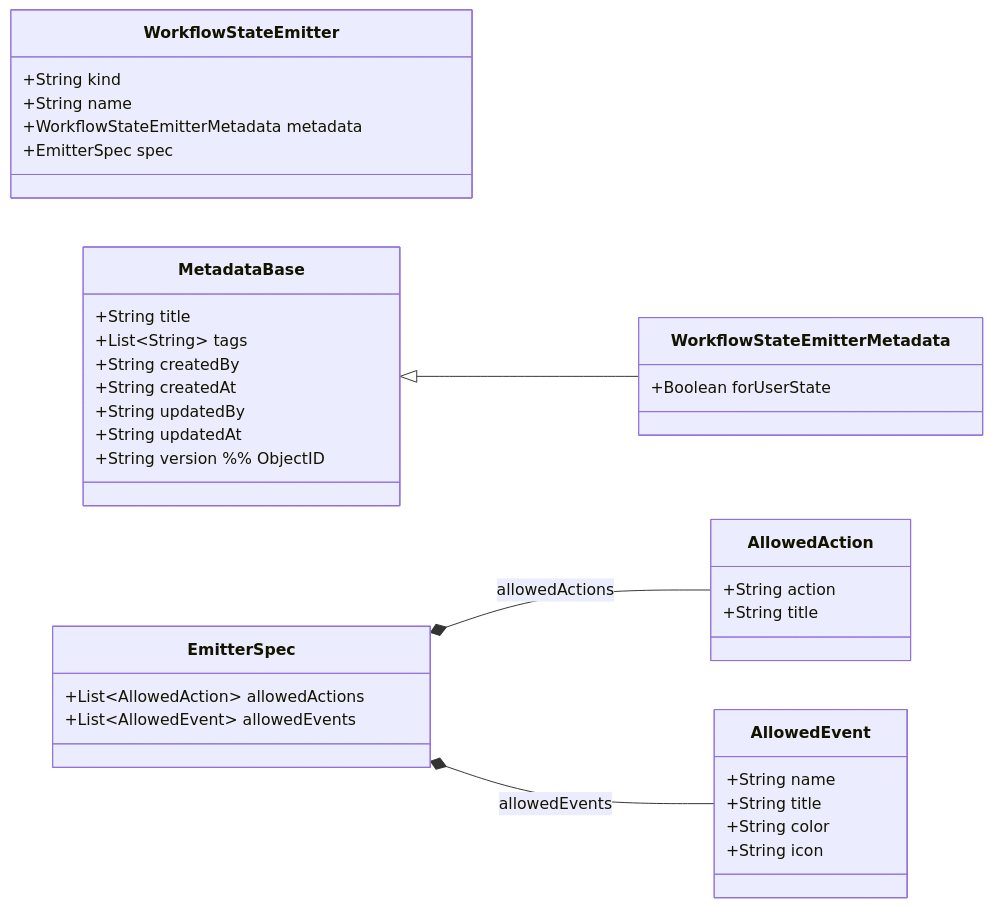
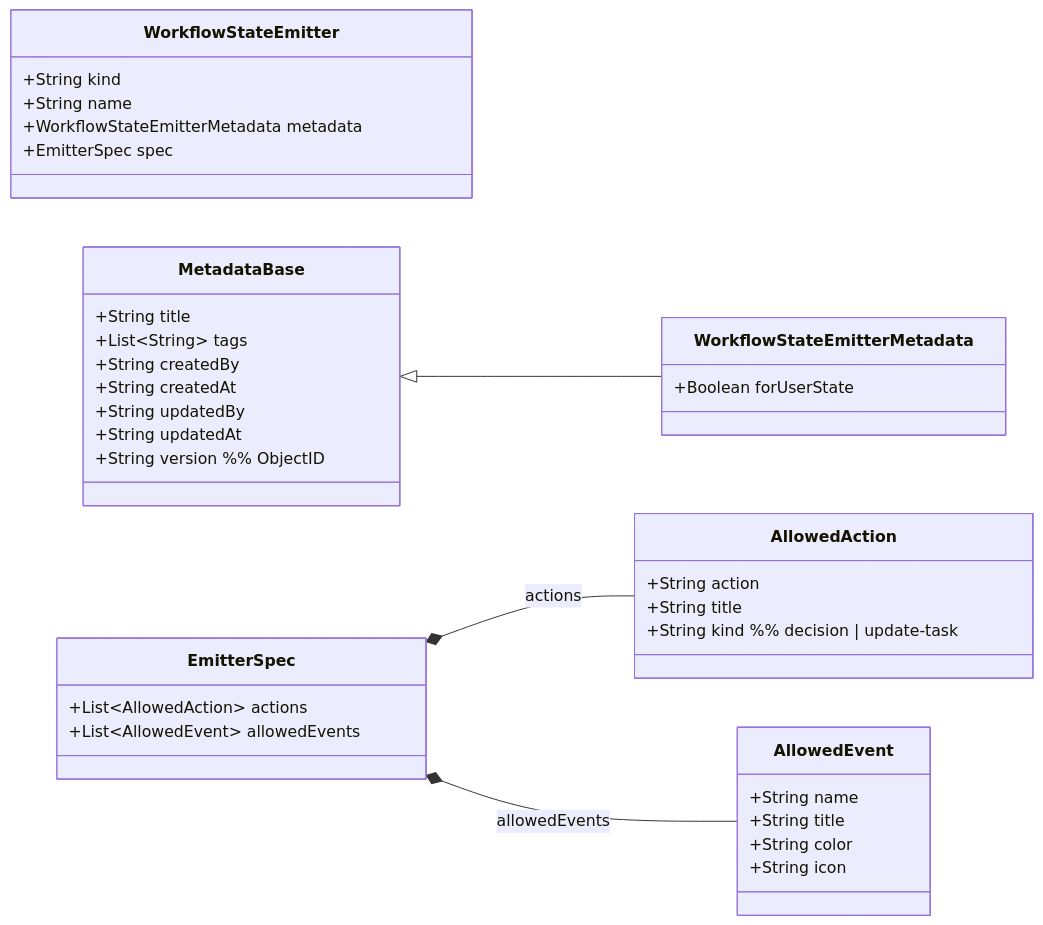
Before and after one commit to lchrennew/es-workflow: the diagram in docs/design/15-emitter-domain.md, drawn with Mermaid. The commit also changed other lines of this file and 19 other files, not shown here.

````diff
--- a/docs/design/15-emitter-domain.md
+++ b/docs/design/15-emitter-domain.md
@@ -16,46 +16,47 @@
 ```mermaid
 classDiagram
 direction LR
 
 class WorkflowStateEmitter {
   +String kind
   +String name
   +WorkflowStateEmitterMetadata metadata
   +EmitterSpec spec
 }
 
 class MetadataBase {
   +String title
   +List~String~ tags
   +String createdBy
   +String createdAt
   +String updatedBy
   +String updatedAt
   +String version  %% ObjectID
 }
 
 class WorkflowStateEmitterMetadata {
   +Boolean forUserState
 }
 
 class AllowedAction {
   +String action
   +String title
+  +String kind  %% decision | update-task
 }
 
 class AllowedEvent {
   +String name
   +String title
   +String color
   +String icon
 }
 
 class EmitterSpec {
-  +List~AllowedAction~ allowedActions
+  +List~AllowedAction~ actions
   +List~AllowedEvent~ allowedEvents
 }
 
 MetadataBase <|-- WorkflowStateEmitterMetadata
-EmitterSpec *-- AllowedAction : allowedActions
+EmitterSpec *-- AllowedAction : actions
 EmitterSpec *-- AllowedEvent : allowedEvents
 ```
````
